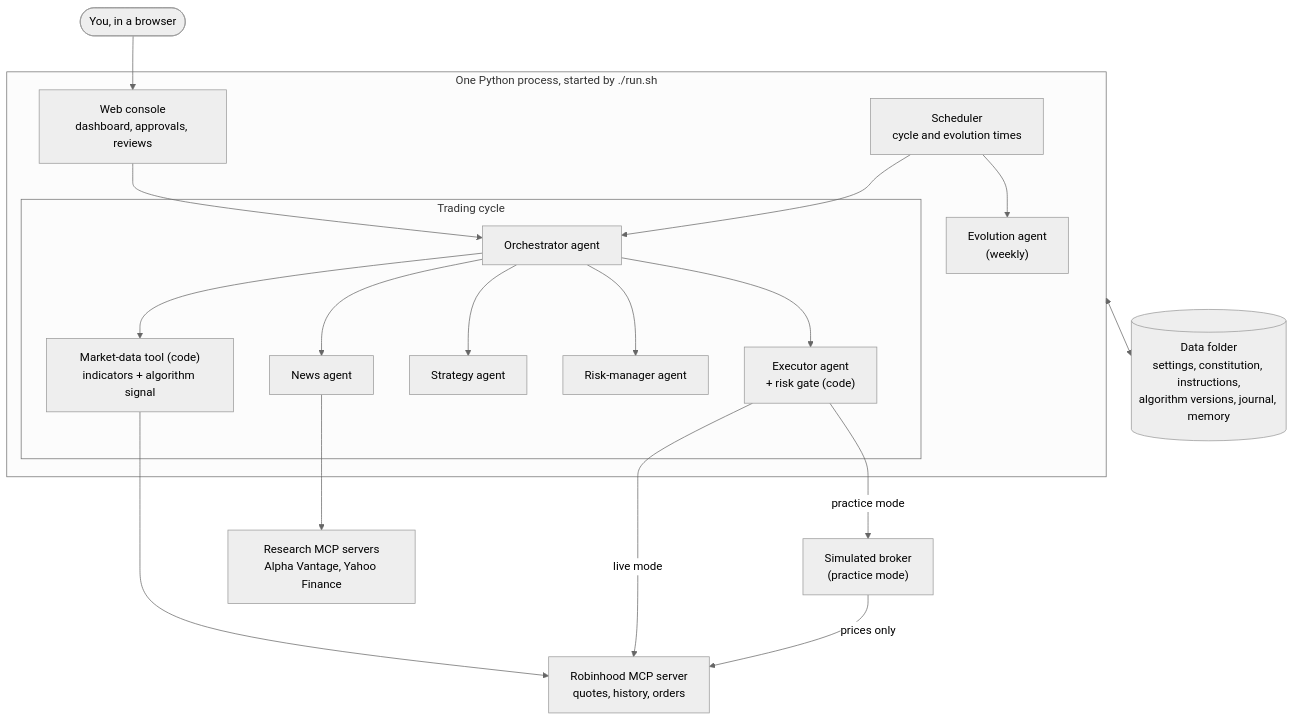
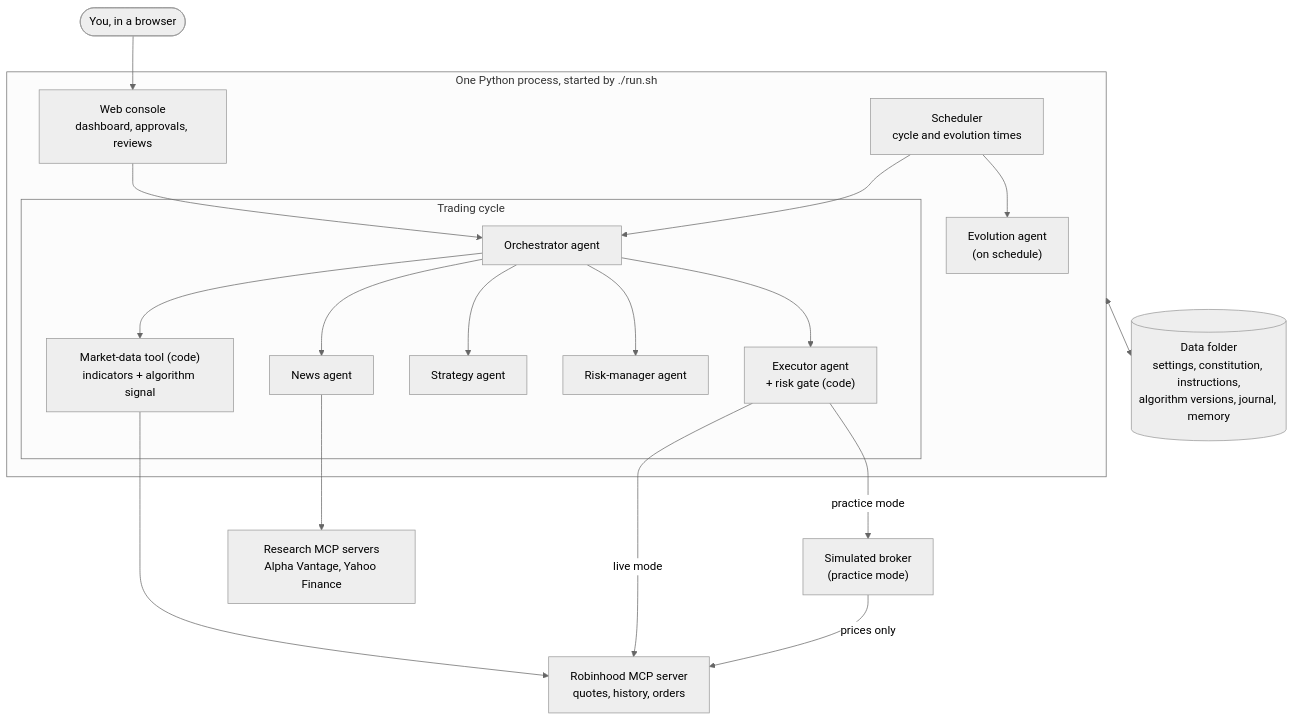
One commit to AdamCYH/evotrader changed the first of 2 diagrams in docs/architecture.md. Above: the diagram before and after it, drawn with Mermaid (neutral theme). The commit also changed other lines of this file and 1 other file, not shown here.

First line of the commit message:
Describe the instrument and the evolution cadence as they are configured

````diff
--- a/docs/architecture.md
+++ b/docs/architecture.md
@@ -9,36 +9,36 @@
 ```mermaid
 flowchart TB
     you(["You, in a browser"])
 
     subgraph app["One Python process, started by ./run.sh"]
         console["Web console<br/>dashboard, approvals, reviews"]
         scheduler["Scheduler<br/>cycle and evolution times"]
         subgraph cycle["Trading cycle"]
             orch["Orchestrator agent"]
             md["Market-data tool (code)<br/>indicators + algorithm signal"]
             news["News agent"]
             strat["Strategy agent"]
             risk["Risk-manager agent"]
             exec["Executor agent<br/>+ risk gate (code)"]
         end
-        evo["Evolution agent<br/>(weekly)"]
+        evo["Evolution agent<br/>(on schedule)"]
     end
 
     you --> console
     console --> orch
     scheduler --> orch
     scheduler --> evo
     orch --> md & news & strat & risk & exec
 
     data[("Data folder<br/>settings, constitution, instructions,<br/>algorithm versions, journal, memory")]
     rh["Robinhood MCP server<br/>quotes, history, orders"]
     simb["Simulated broker<br/>(practice mode)"]
     res["Research MCP servers<br/>Alpha Vantage, Yahoo Finance"]
 
     app <--> data
     md --> rh
     exec -->|live mode| rh
     exec -->|practice mode| simb
     simb -->|prices only| rh
     news --> res
 ```
````
